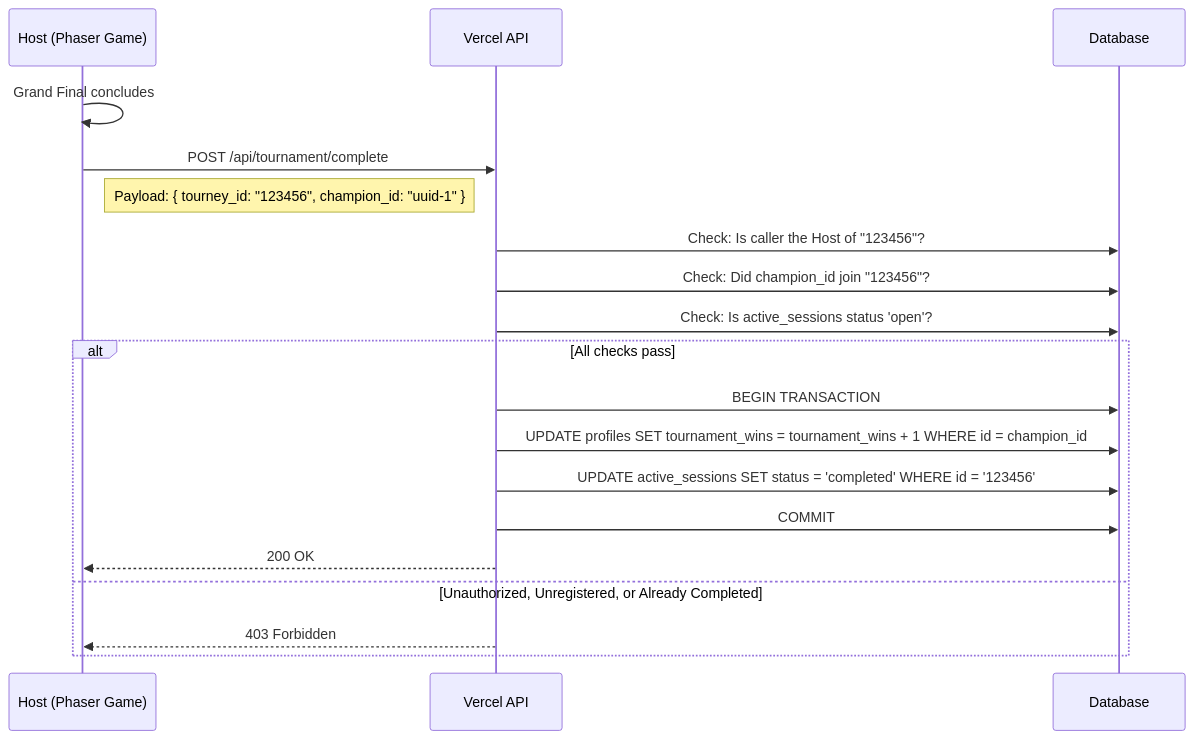
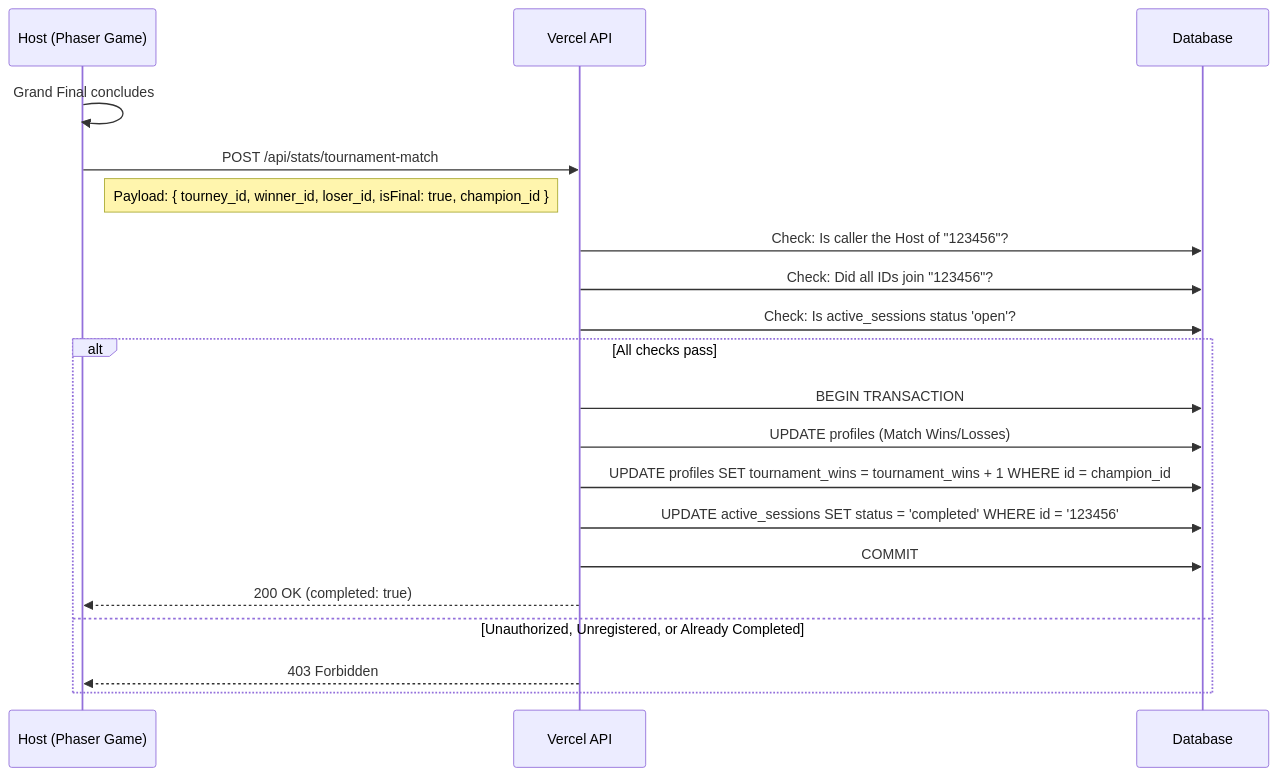
One commit to simon0191/a-los-traques changed the third of 3 diagrams in docs/rfcs/0018-tournament-participant-persistence.md. Above: the diagram before and after it, drawn with Mermaid. The commit also changed other lines of this file, not shown here.

````diff
--- a/docs/rfcs/0018-tournament-participant-persistence.md
+++ b/docs/rfcs/0018-tournament-participant-persistence.md
@@ -87,24 +87,25 @@
 ```mermaid
 sequenceDiagram
     participant H as Host (Phaser Game)
     participant API as Vercel API
     participant DB as Database
 
     H->>H: Grand Final concludes
-    H->>API: POST /api/tournament/complete
-    Note right of H: Payload: { tourney_id: "123456", champion_id: "uuid-1" }
+    H->>API: POST /api/stats/tournament-match
+    Note right of H: Payload: { tourney_id, winner_id, loser_id, isFinal: true, champion_id }
 
     API->>DB: Check: Is caller the Host of "123456"?
-    API->>DB: Check: Did champion_id join "123456"?
+    API->>DB: Check: Did all IDs join "123456"?
     API->>DB: Check: Is active_sessions status 'open'?
     
     alt All checks pass
         API->>DB: BEGIN TRANSACTION
+        API->>DB: UPDATE profiles (Match Wins/Losses)
         API->>DB: UPDATE profiles SET tournament_wins = tournament_wins + 1 WHERE id = champion_id
         API->>DB: UPDATE active_sessions SET status = 'completed' WHERE id = '123456'
         API->>DB: COMMIT
-        API-->>H: 200 OK
+        API-->>H: 200 OK (completed: true)
     else Unauthorized, Unregistered, or Already Completed
         API-->>H: 403 Forbidden
     end
 ```
````
